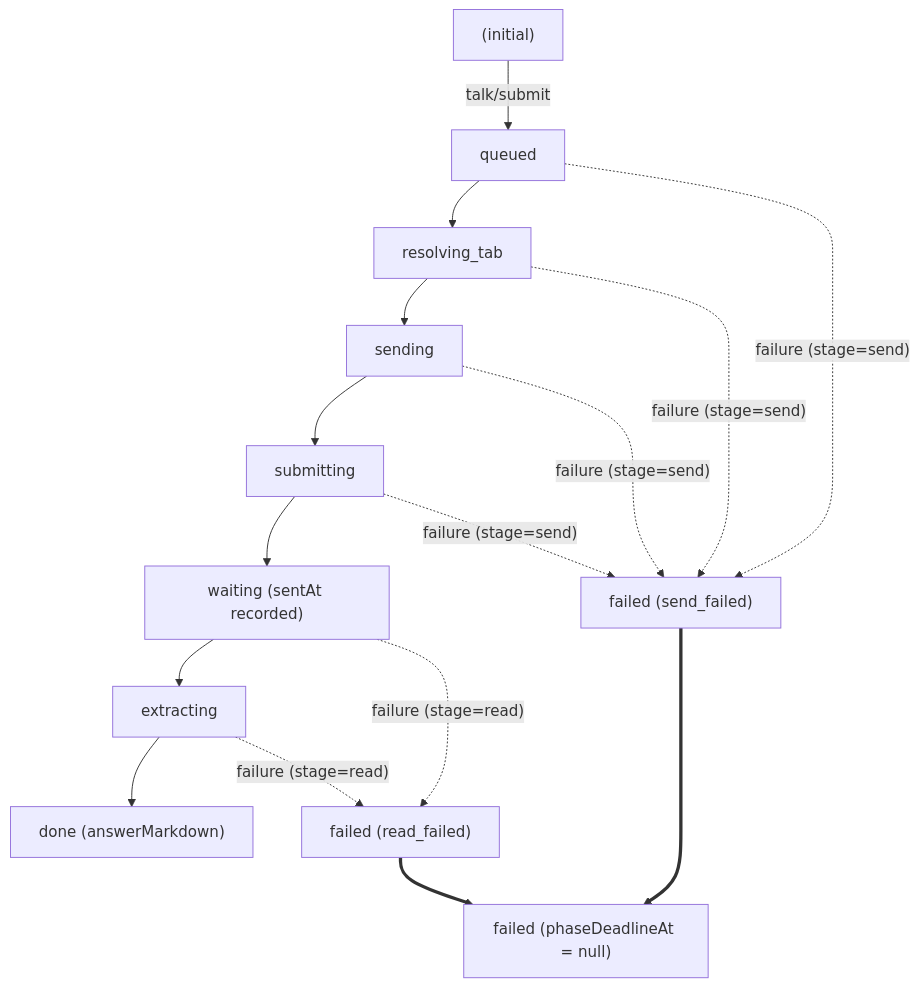
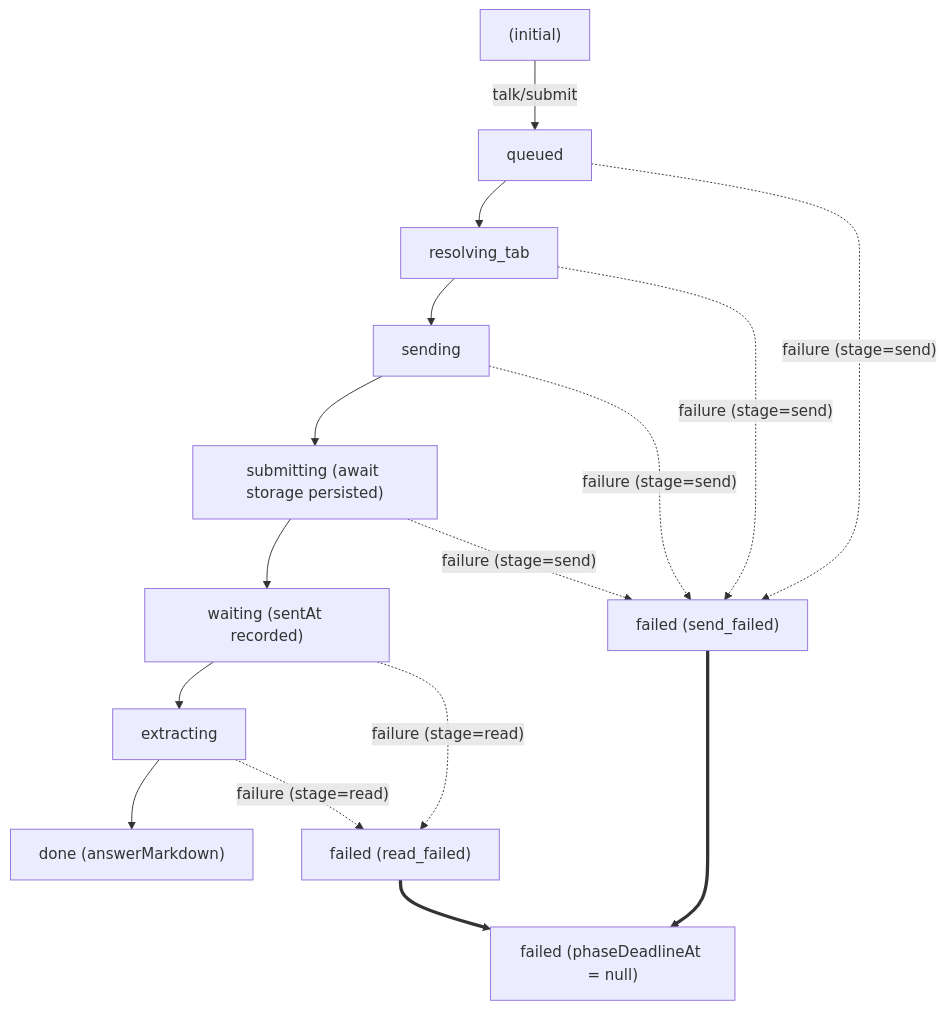
The diagram in docs/plans/2026-10-29-m2-talk-runner-watchdog-fake-adapter.md (EasonPai/talk-to-bro), drawn with Mermaid before and after one commit. The commit also changed other lines of this file, not shown here.

````diff
--- a/docs/plans/2026-10-29-m2-talk-runner-watchdog-fake-adapter.md
+++ b/docs/plans/2026-10-29-m2-talk-runner-watchdog-fake-adapter.md
@@ -50,21 +57,21 @@
 ```mermaid
 flowchart TD
     none["(initial)"] -->|"talk/submit"| queued["queued"]
     queued --> resolving_tab["resolving_tab"]
     resolving_tab --> sending["sending"]
-    sending --> submitting["submitting"]
+    sending --> submitting["submitting (await storage persisted)"]
     submitting --> waiting["waiting (sentAt recorded)"]
     waiting --> extracting["extracting"]
     extracting --> done["done (answerMarkdown)"]
 
     queued -.->|"failure (stage=send)"| send_failed["failed (send_failed)"]
     resolving_tab -.->|"failure (stage=send)"| send_failed
     sending -.->|"failure (stage=send)"| send_failed
     submitting -.->|"failure (stage=send)"| send_failed
 
     waiting -.->|"failure (stage=read)"| read_failed["failed (read_failed)"]
     extracting -.->|"failure (stage=read)"| read_failed
 
     send_failed ==> failed["failed (phaseDeadlineAt = null)"]
     read_failed ==> failed
 ```
````
